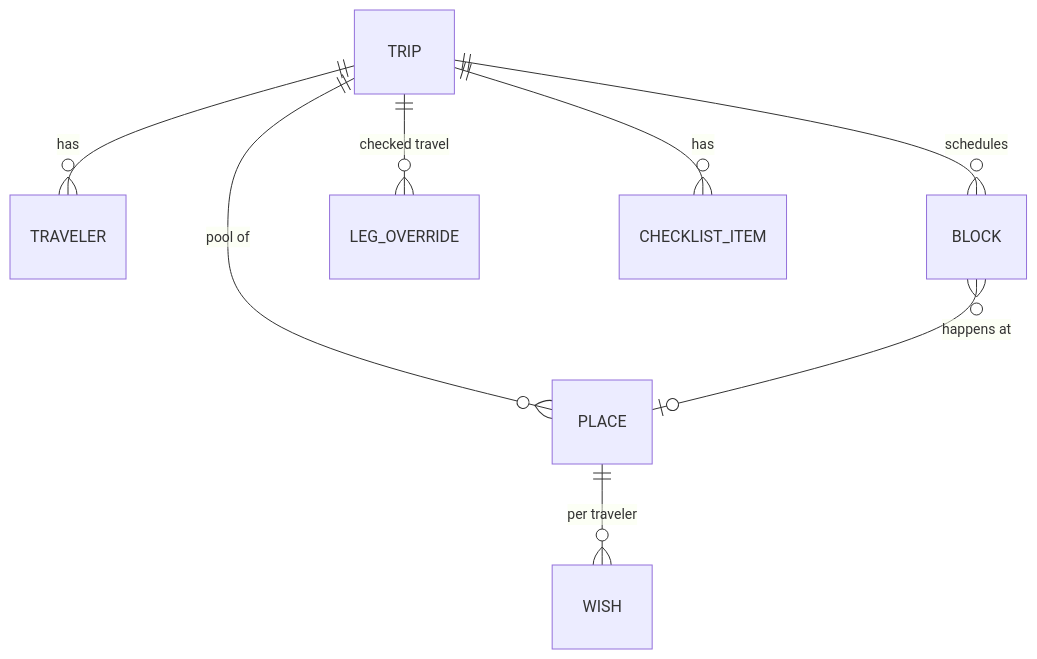
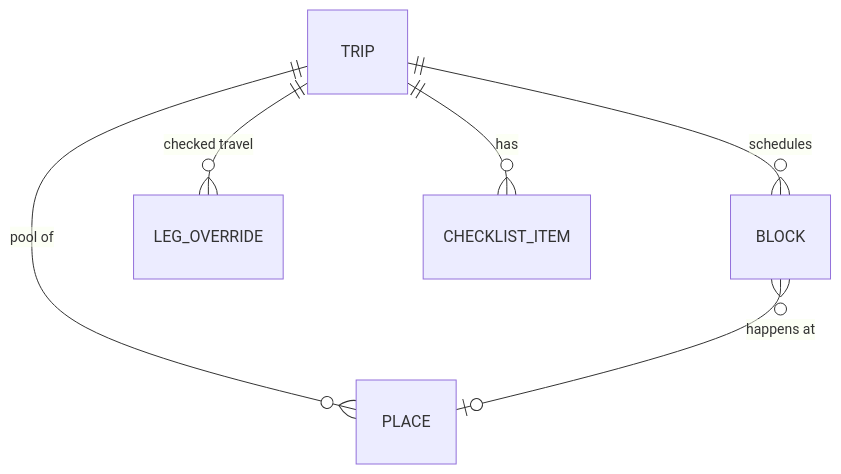
Before and after one commit to bradyliao/wanderlust: the diagram in docs/requirements.md, drawn with Mermaid. The commit also changed other lines of this file and 17 other files, not shown here.

````diff
--- a/docs/requirements.md
+++ b/docs/requirements.md
@@ -9,10 +9,8 @@
 ```mermaid
 erDiagram
-  TRIP ||--o{ TRAVELER : has
   TRIP ||--o{ PLACE : "pool of"
   TRIP ||--o{ BLOCK : schedules
   TRIP ||--o{ LEG_OVERRIDE : "checked travel"
   TRIP ||--o{ CHECKLIST_ITEM : has
   BLOCK }o--o| PLACE : "happens at"
-  PLACE ||--o{ WISH : "per traveler"
 ```
````
